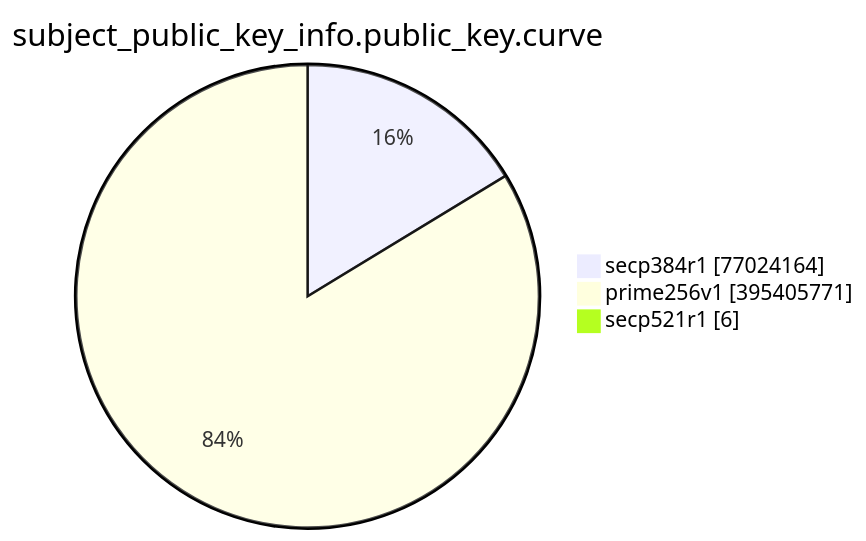
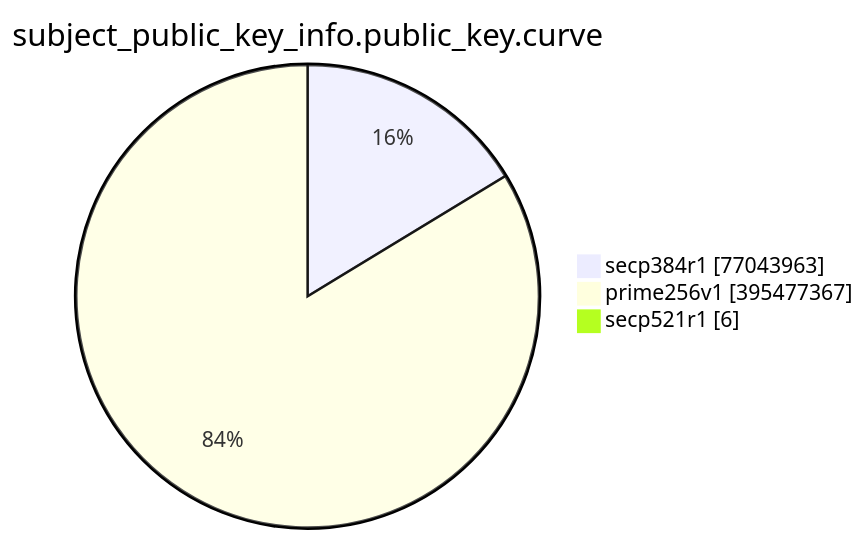
Before and after one commit to christiankrug/ctmonitor_visualization: the eighth of 15 diagrams in TOTAL/README.md, drawn with Mermaid. The commit also changed other lines of this file, not shown here.

````diff
--- a/TOTAL/README.md
+++ b/TOTAL/README.md
@@ -3094,7 +3094,7 @@
 ```mermaid
 pie showData
 title subject_public_key_info.public_key.curve
-"secp384r1" :77024164
-"prime256v1" :395405771
+"secp384r1" :77043963
+"prime256v1" :395477367
 "secp521r1" :6
 ```
````
